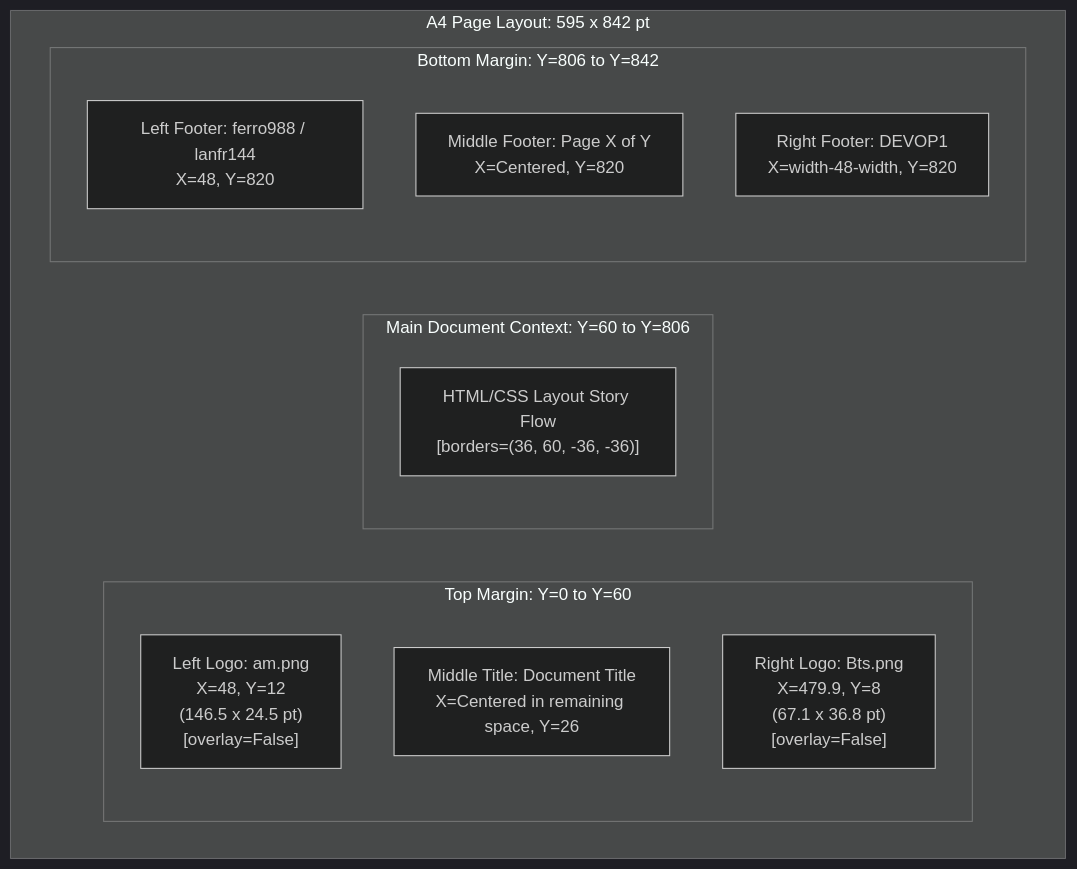
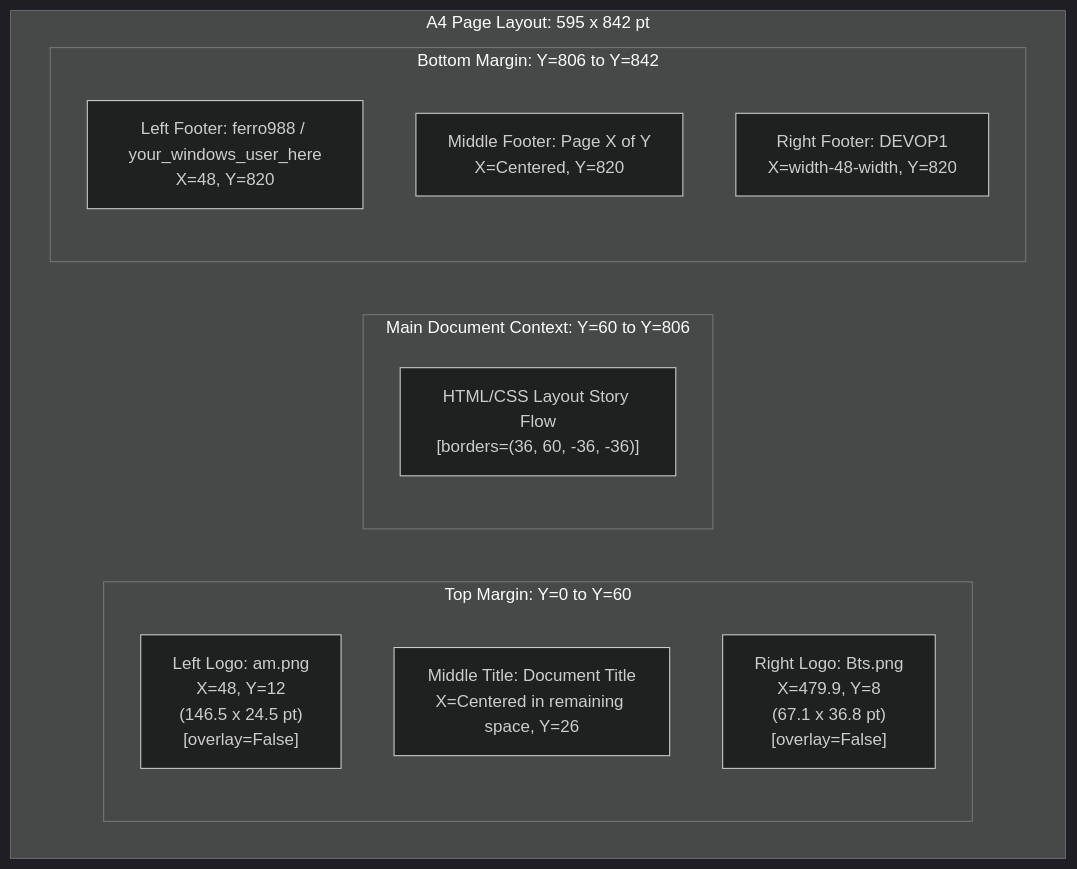
The diagram in docs/Header_Footer_Antigravity.md (lanfr144/DEVOP1), drawn with Mermaid (dark theme) before and after one commit. The commit also changed 62 other files, not shown here.

````diff
--- a/docs/Header_Footer_Antigravity.md
+++ b/docs/Header_Footer_Antigravity.md
@@ -15,20 +15,20 @@
 ```mermaid
 graph TD
     subgraph A4 Page Boundary [A4 Page Layout: 595 x 842 pt]
         subgraph Top Margin Area [Top Margin: Y=0 to Y=60]
             L_Logo["Left Logo: am.png<br/>X=48, Y=12<br/>(146.5 x 24.5 pt)<br/>[overlay=False]"]
             M_Title["Middle Title: Document Title<br/>X=Centered in remaining space, Y=26"]
             R_Logo["Right Logo: Bts.png<br/>X=479.9, Y=8<br/>(67.1 x 36.8 pt)<br/>[overlay=False]"]
         end
         
         subgraph Content Area [Main Document Context: Y=60 to Y=806]
             Content["HTML/CSS Layout Story Flow<br/>[borders=(36, 60, -36, -36)]"]
         end
         
         subgraph Bottom Margin Area [Bottom Margin: Y=806 to Y=842]
-            L_Foot["Left Footer: ferro988 / lanfr144<br/>X=48, Y=820"]
+            L_Foot["Left Footer: ferro988 / your_windows_user_here<br/>X=48, Y=820"]
             M_Foot["Middle Footer: Page X of Y<br/>X=Centered, Y=820"]
             R_Foot["Right Footer: DEVOP1<br/>X=width-48-width, Y=820"]
         end
     end
 ```
````
